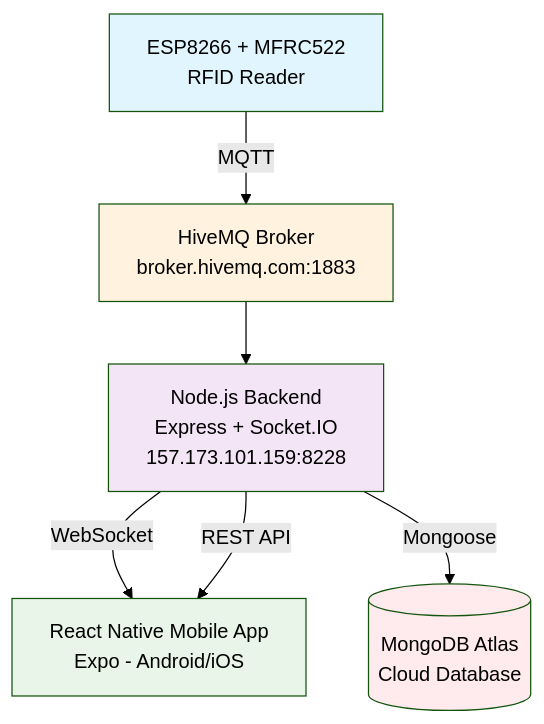
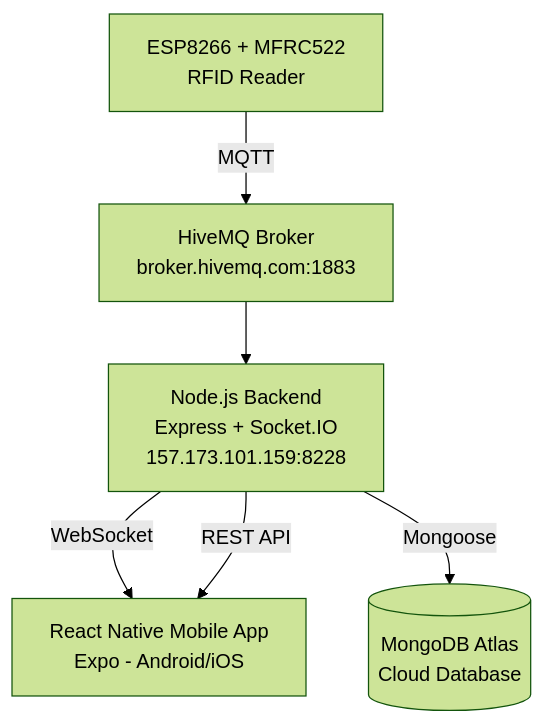
The first of 4 diagrams in README.md (Tresorbana/BillIO), drawn with Mermaid (forest theme) before and after one commit. The commit also changed other lines of this file and 1 other file, not shown here.

Commit message:
Fixed Mermaid diagram rendering issues by simplifying diagrams

````diff
--- a/README.md
+++ b/README.md
@@ -22,16 +22,8 @@
 ```mermaid
 graph TB
     A[ESP8266 + MFRC522<br/>RFID Reader] -->|MQTT| B[HiveMQ Broker<br/>broker.hivemq.com:1883]
     B --> C[Node.js Backend<br/>Express + Socket.IO<br/>157.173.101.159:8228]
-
     C -->|WebSocket| D[React Native Mobile App<br/>Expo - Android/iOS]
     C -->|REST API| D
-
     C -->|Mongoose| E[(MongoDB Atlas<br/>Cloud Database)]
-
-    style A fill:#e1f5fe
-    style B fill:#fff3e0
-    style C fill:#f3e5f5
-    style D fill:#e8f5e8
-    style E fill:#ffebee
 ```
````
